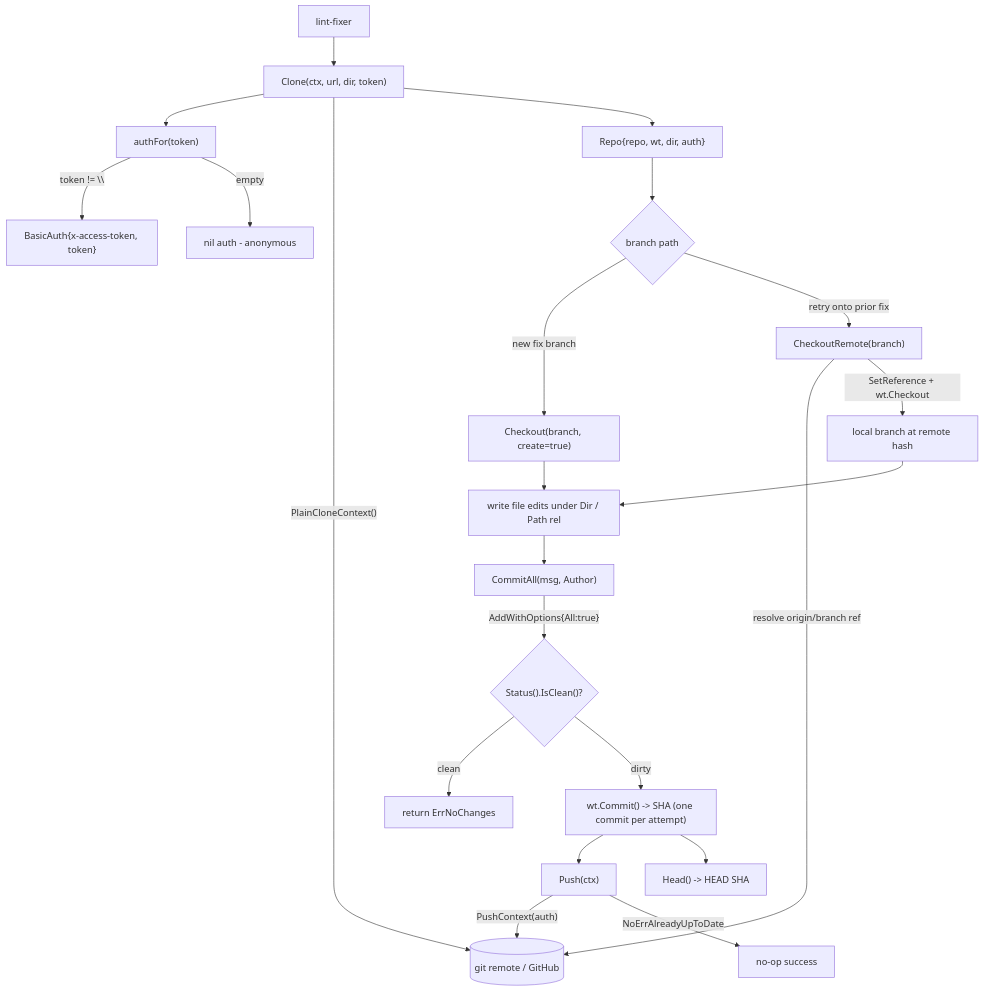
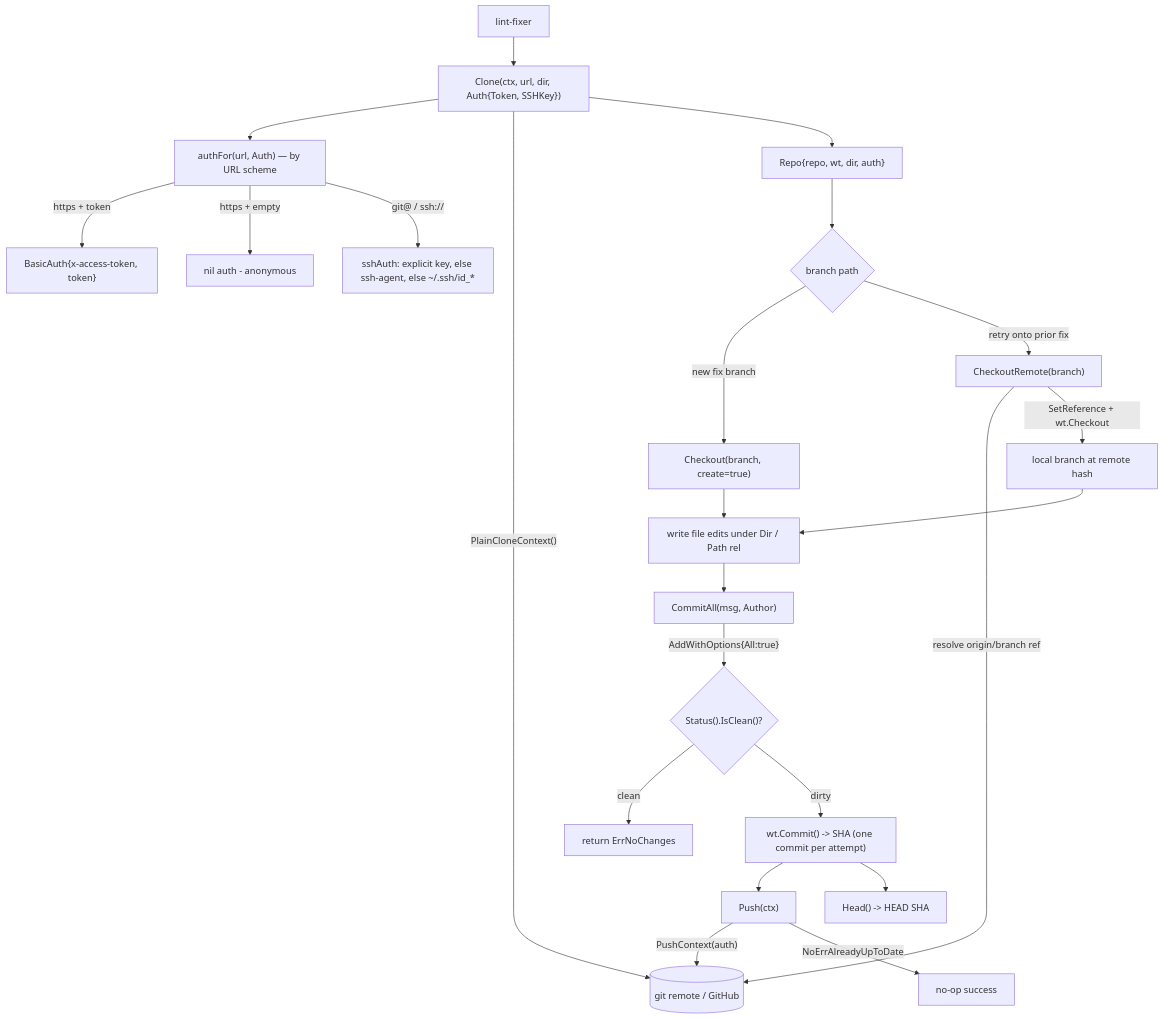
The diagram in go/internal/gitrepo/AGENTS.md (jkjamies/automation-agent), drawn with Mermaid before and after one commit. The commit also changed other lines of this file and 40 other files, not shown here.

First line of the commit message:
Add SSH git transport for local development (four ports) (#11)

````diff
--- a/go/internal/gitrepo/AGENTS.md
+++ b/go/internal/gitrepo/AGENTS.md
@@ -7,26 +7,27 @@
 ```mermaid
 flowchart TD
-    LF[lint-fixer] --> CL["Clone(ctx, url, dir, token)"]
-    CL --> AF["authFor(token)"]
-    AF -->|"token != \"\""| BA["BasicAuth{x-access-token, token}"]
-    AF -->|empty| NIL[nil auth - anonymous]
+    LF[lint-fixer] --> CL["Clone(ctx, url, dir, Auth{Token, SSHKey})"]
+    CL --> AF["authFor(url, Auth) — by URL scheme"]
+    AF -->|"https + token"| BA["BasicAuth{x-access-token, token}"]
+    AF -->|"https + empty"| NIL[nil auth - anonymous]
+    AF -->|"git@ / ssh://"| SSH["sshAuth: explicit key, else ssh-agent, else ~/.ssh/id_*"]
     CL -->|"PlainCloneContext()"| REM[(git remote / GitHub)]
     CL --> REPO["Repo{repo, wt, dir, auth}"]
 
     REPO --> BR{branch path}
     BR -->|new fix branch| CO["Checkout(branch, create=true)"]
     BR -->|retry onto prior fix| COR["CheckoutRemote(branch)"]
     COR -->|"resolve origin/branch ref"| REM
     COR -->|SetReference + wt.Checkout| LOCAL[local branch at remote hash]
 
     CO --> EDIT[write file edits under Dir / Path rel]
     LOCAL --> EDIT
     EDIT --> CA["CommitAll(msg, Author)"]
     CA -->|"AddWithOptions{All:true}"| ST{"Status().IsClean()?"}
     ST -->|clean| NC["return ErrNoChanges"]
     ST -->|dirty| CMT["wt.Commit() -> SHA (one commit per attempt)"]
     CMT --> PUSH["Push(ctx)"]
     PUSH -->|"PushContext(auth)"| REM
     PUSH -->|NoErrAlreadyUpToDate| OKUP[no-op success]
     CMT --> HEAD["Head() -> HEAD SHA"]
 ```
````
